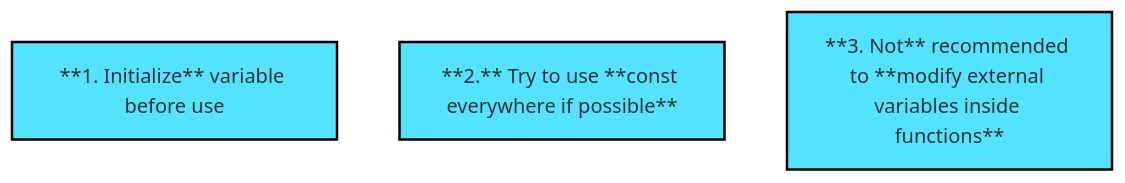
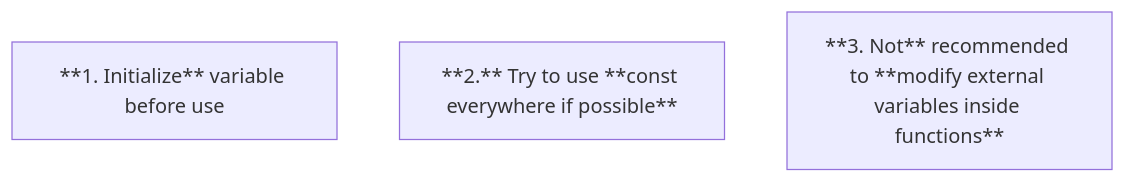
Before and after one commit to alex-monichev/hello-web: the sixth of 8 diagrams in notes/js.md, drawn with Mermaid. The commit also changed other lines of this file, not shown here.

````diff
--- a/notes/js.md
+++ b/notes/js.md
@@ -636,10 +630,6 @@
 ```mermaid
 graph TD
     A[**1. Initialize** variable before use]
     B[**2.** Try to use **const everywhere if possible**]
     C[**3. Not** recommended to **modify external variables inside functions**]
-  
-style A fill:#54e3ff,stroke:#000000,stroke-width:2px
-style B fill:#54e3ff,stroke:#000000,stroke-width:2px
-style C fill:#54e3ff,stroke:#000000,stroke-width:2px
 ```
````
